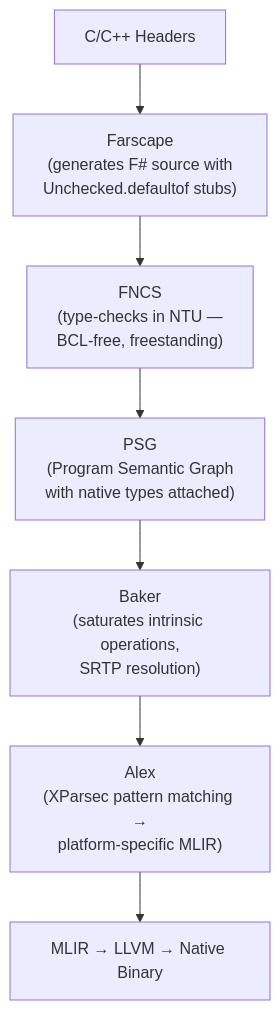
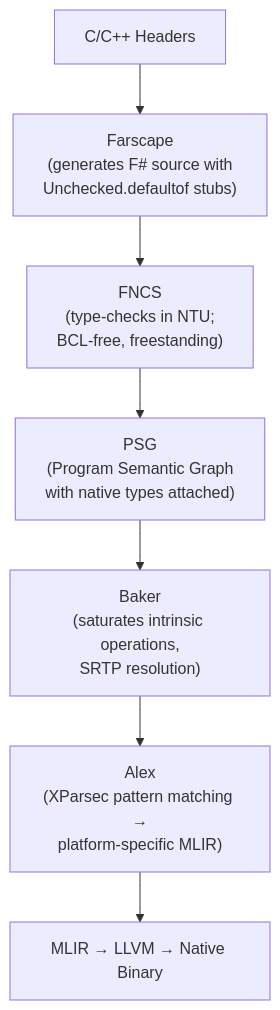
One commit to FidelityFramework/Farscape changed the diagram in docs/03_fsnative_Integration.md. Above: the diagram before and after it, drawn with Mermaid. The commit also changed other lines of this file and 20 other files, not shown here.

````diff
--- a/docs/03_fsnative_Integration.md
+++ b/docs/03_fsnative_Integration.md
@@ -7,9 +7,9 @@
 ```mermaid
 flowchart TD
     A["C/C++ Headers"] --> B["Farscape<br/>(generates F# source with<br/>Unchecked.defaultof stubs)"]
-    B --> C["FNCS<br/>(type-checks in NTU —<br/>BCL-free, freestanding)"]
+    B --> C["FNCS<br/>(type-checks in NTU;<br/>BCL-free, freestanding)"]
     C --> D["PSG<br/>(Program Semantic Graph<br/>with native types attached)"]
     D --> E["Baker<br/>(saturates intrinsic operations,<br/>SRTP resolution)"]
     E --> F["Alex<br/>(XParsec pattern matching →<br/>platform-specific MLIR)"]
     F --> G["MLIR → LLVM → Native Binary"]
 ```
````
